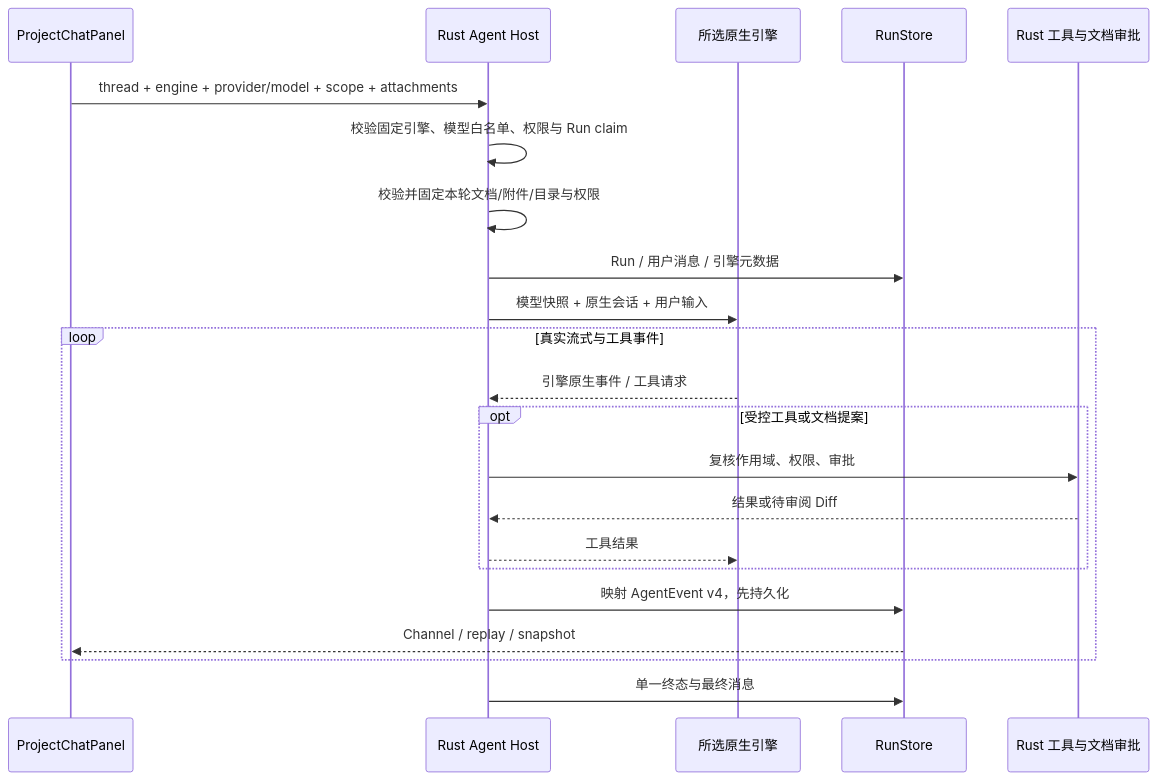
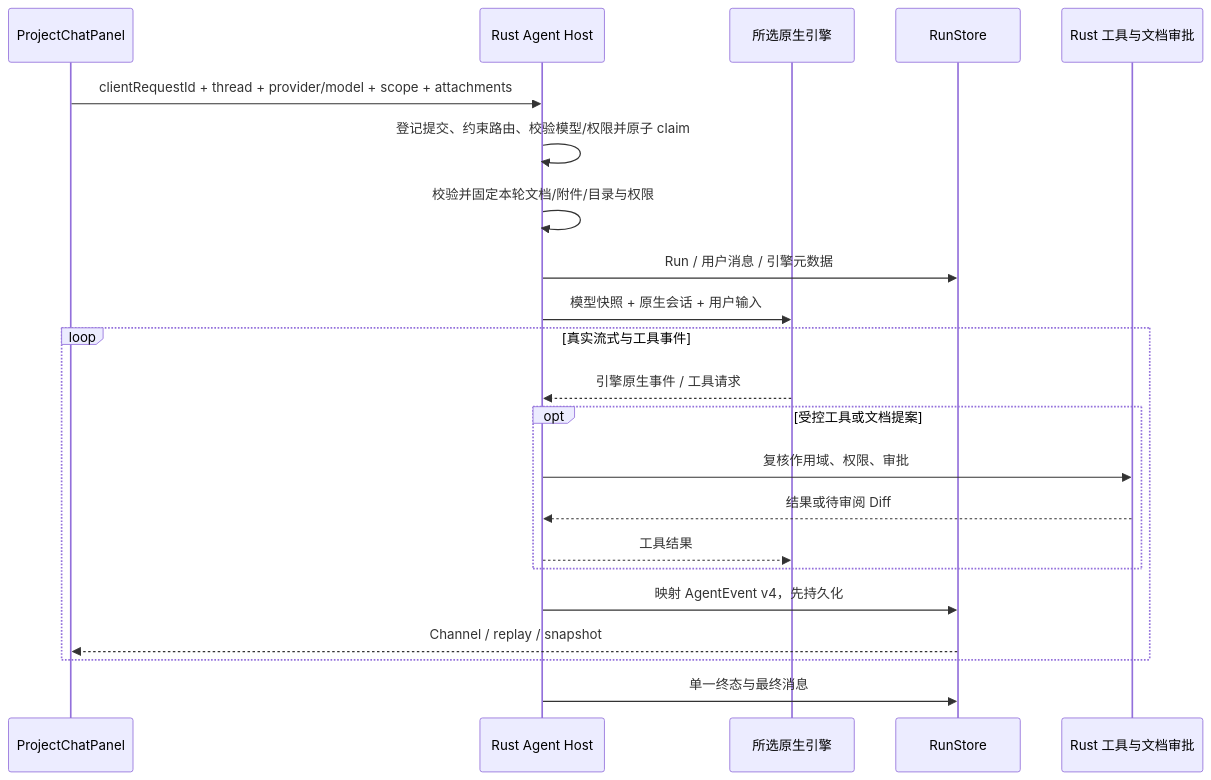
Before and after one commit to MarkingYang/sophonote: the fourth of 15 diagrams in docs/architecture.md, drawn with Mermaid. The commit also changed other lines of this file and 107 other files, not shown here.

````diff
--- a/docs/architecture.md
+++ b/docs/architecture.md
@@ -296,24 +300,24 @@
 ```mermaid
 sequenceDiagram
   participant UI as ProjectChatPanel
   participant Host as Rust Agent Host
   participant Engine as 所选原生引擎
   participant Store as RunStore
   participant Tools as Rust 工具与文档审批
-  UI->>Host: thread + engine + provider/model + scope + attachments
-  Host->>Host: 校验固定引擎、模型白名单、权限与 Run claim
+  UI->>Host: clientRequestId + thread + provider/model + scope + attachments
+  Host->>Host: 登记提交、约束路由、校验模型/权限并原子 claim
   Host->>Host: 校验并固定本轮文档/附件/目录与权限
   Host->>Store: Run / 用户消息 / 引擎元数据
   Host->>Engine: 模型快照 + 原生会话 + 用户输入
   loop 真实流式与工具事件
     Engine-->>Host: 引擎原生事件 / 工具请求
     opt 受控工具或文档提案
       Host->>Tools: 复核作用域、权限、审批
       Tools-->>Host: 结果或待审阅 Diff
       Host-->>Engine: 工具结果
     end
     Host->>Store: 映射 AgentEvent v4，先持久化
     Store-->>UI: Channel / replay / snapshot
   end
   Host->>Store: 单一终态与最终消息
 ```
````
